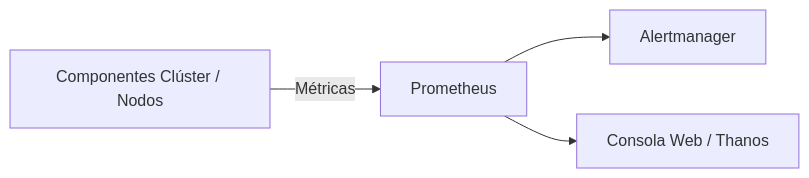
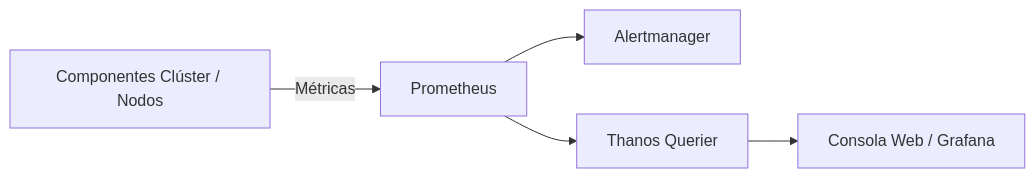
One commit to ieftraining/curso-openshift changed the first of 3 diagrams in docs/sesion3/3.1 Metricas y cuadros de mando.md. Above: the diagram before and after it, drawn with Mermaid. The commit also changed other lines of this file, not shown here.

````diff
--- a/docs/sesion3/3.1 Metricas y cuadros de mando.md
+++ b/docs/sesion3/3.1 Metricas y cuadros de mando.md
@@ -26,6 +27,7 @@
 ```mermaid
 flowchart LR
     A[Componentes Clúster / Nodos] -->|Métricas| B[Prometheus]
     B --> C[Alertmanager]
-    B --> D[Consola Web / Thanos]
+    B --> D[Thanos Querier]
+    D --> E[Consola Web / Grafana]
 ```
````
